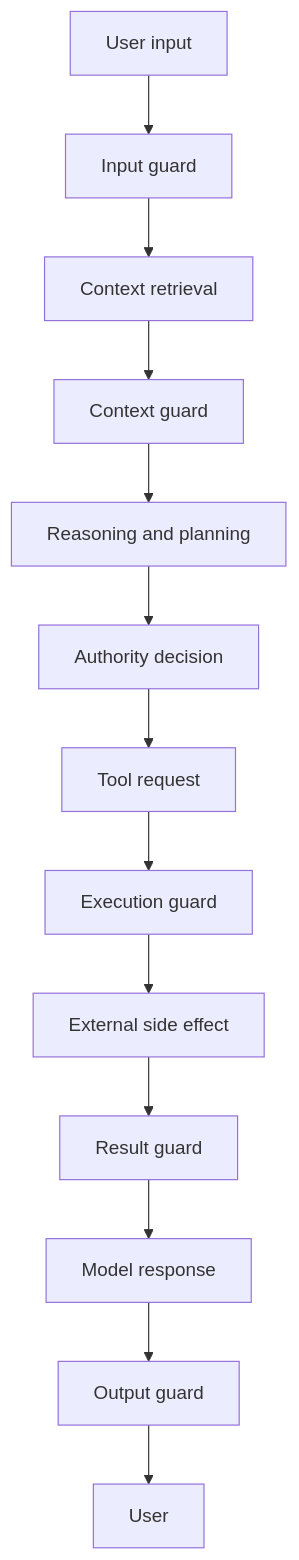
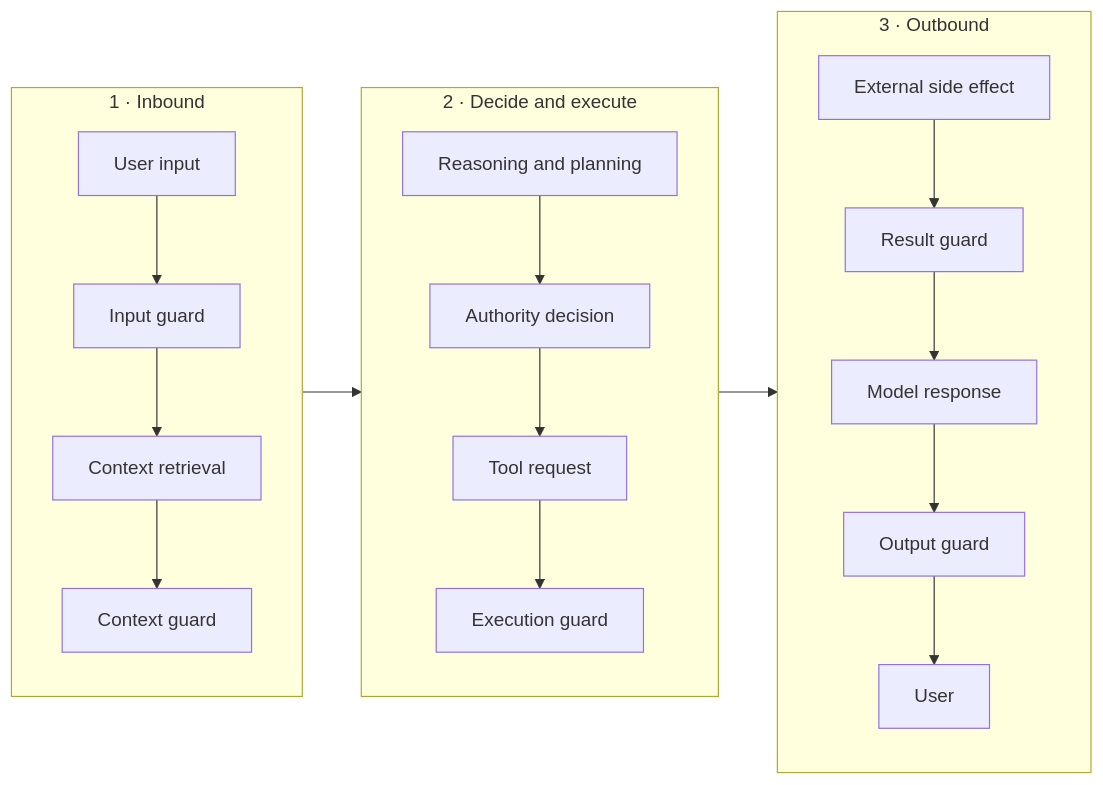
One commit to mansura-habiba/mansura-habiba.github.io changed the sixth of 8 diagrams in blog/posts/2026-09-04-guardrail-harness.md. Above: the diagram before and after it, drawn with Mermaid. The commit also changed other lines of this file, not shown here.

````diff
--- a/blog/posts/2026-09-04-guardrail-harness.md
+++ b/blog/posts/2026-09-04-guardrail-harness.md
@@ -353,15 +357,26 @@
 ```mermaid
-flowchart TB
-  A[User input] --> B[Input guard]
-  B --> C[Context retrieval]
-  C --> D[Context guard]
-  D --> E[Reasoning and planning]
-  E --> F[Authority decision]
-  F --> G[Tool request]
-  G --> H[Execution guard]
-  H --> I[External side effect]
-  I --> J[Result guard]
-  J --> K[Model response]
-  K --> L[Output guard]
-  L --> M[User]
+flowchart LR
+  subgraph inbound["1 · Inbound"]
+    direction TB
+    A[User input] --> B[Input guard]
+    B --> C[Context retrieval]
+    C --> D[Context guard]
+  end
+
+  subgraph decide["2 · Decide and execute"]
+    direction TB
+    E[Reasoning and planning] --> F[Authority decision]
+    F --> G[Tool request]
+    G --> H[Execution guard]
+  end
+
+  subgraph outbound["3 · Outbound"]
+    direction TB
+    I[External side effect] --> J[Result guard]
+    J --> K[Model response]
+    K --> L[Output guard]
+    L --> M[User]
+  end
+
+  inbound --> decide --> outbound
 ```
````
